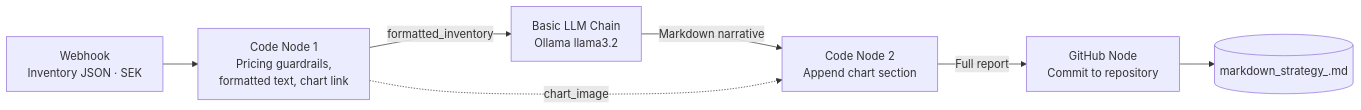
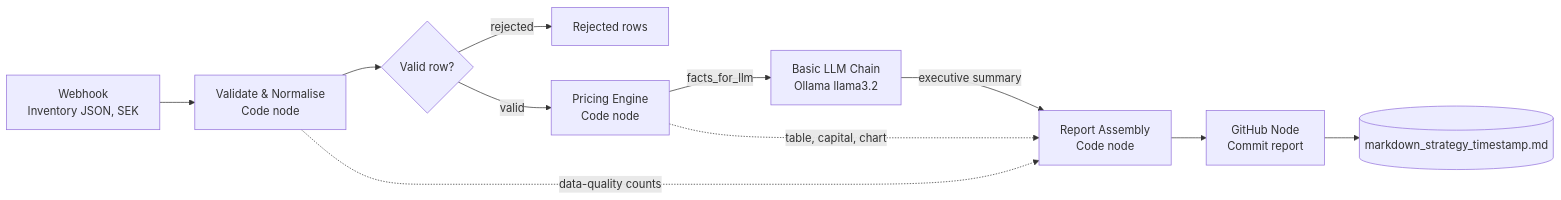
The diagram in case-studies/Autonomous-Pricing-Markdown/README.md (thivakar-allimuthu/enterprise-ai-lab), drawn with Mermaid before and after one commit. The commit also changed other lines of this file, not shown here.

````diff
--- a/case-studies/Autonomous-Pricing-Markdown/README.md
+++ b/case-studies/Autonomous-Pricing-Markdown/README.md
@@ -46,9 +52,13 @@
 ```mermaid
 flowchart LR
-    A[Webhook<br/>Inventory JSON · SEK] --> B[Code Node 1<br/>Pricing guardrails,<br/>formatted text, chart link]
-    B -->|formatted_inventory| C[Basic LLM Chain<br/>Ollama llama3.2]
-    C -->|Markdown narrative| D[Code Node 2<br/>Append chart section]
-    B -.->|chart_image| D
-    D -->|Full report| E[GitHub Node<br/>Commit to repository]
-    E --> F[(markdown_strategy_<timestamp>.md)]
+    A["Webhook<br/>Inventory JSON, SEK"] --> B["Validate & Normalise<br/>Code node"]
+    B --> C{"Valid row?"}
+    C -- "rejected" --> R["Rejected rows"]
+    C -- "valid" --> D["Pricing Engine<br/>Code node"]
+    D -- "facts_for_llm" --> E["Basic LLM Chain<br/>Ollama llama3.2"]
+    E -- "executive summary" --> F["Report Assembly<br/>Code node"]
+    D -. "table, capital, chart" .-> F
+    B -. "data-quality counts" .-> F
+    F --> G["GitHub Node<br/>Commit report"]
+    G --> H[("markdown_strategy_timestamp.md")]
 ```
````
